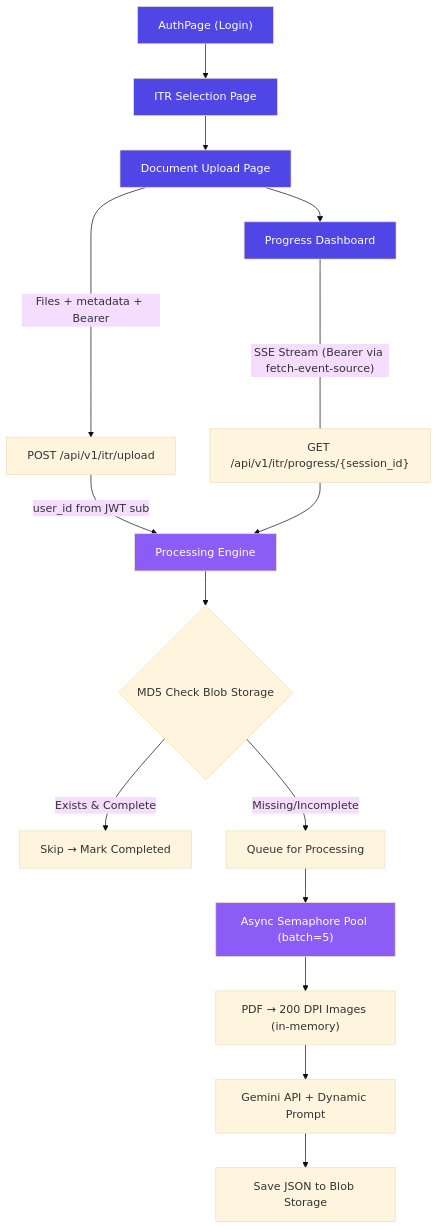
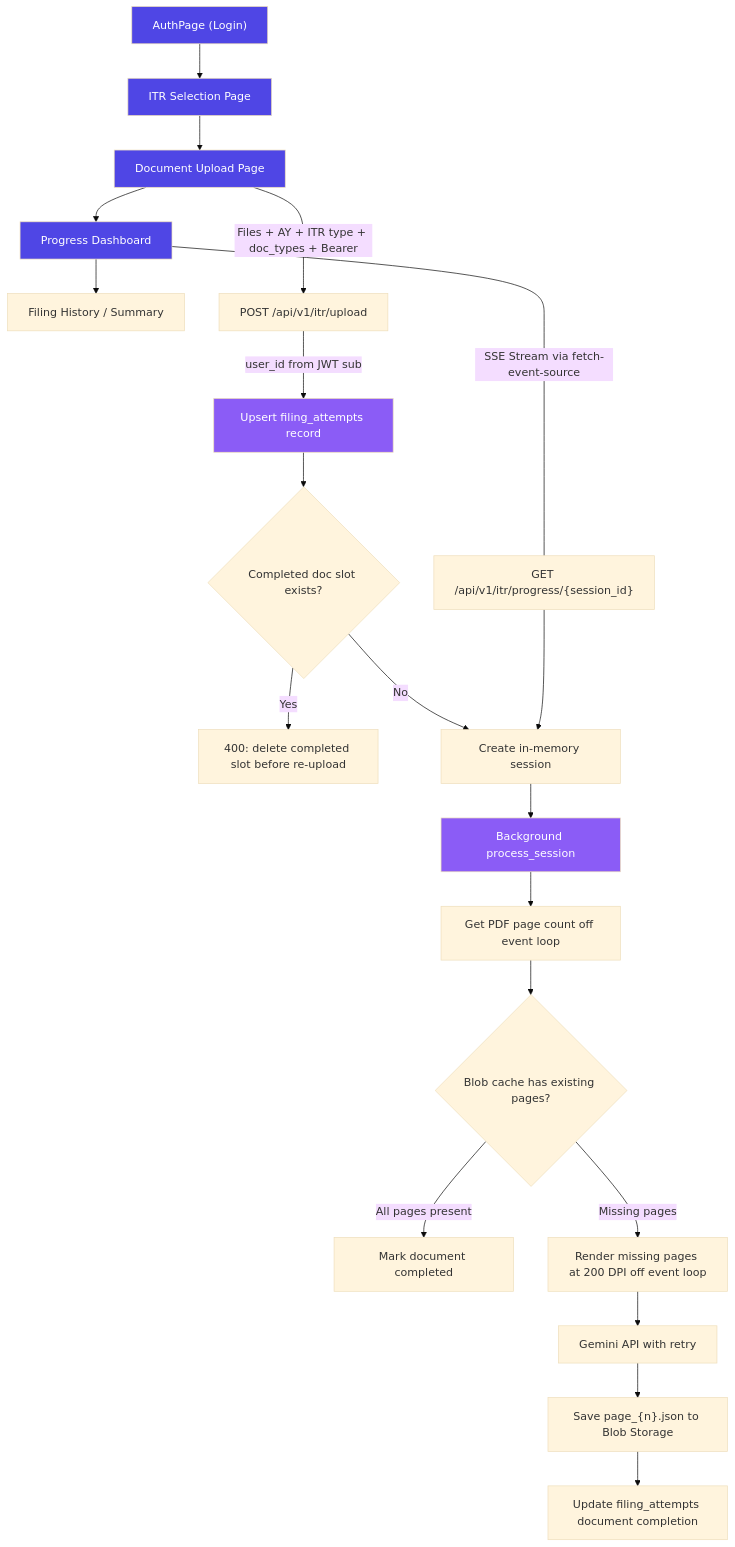
The second of 3 diagrams in docs/architecture.md (AmeDal/itr-filing-app), drawn with Mermaid (base theme) before and after one commit. The commit also changed other lines of this file and 19 other files, not shown here.

First line of the commit message:
docs: sync AI context with current app architecture

````diff
--- a/docs/architecture.md
+++ b/docs/architecture.md
@@ -75,28 +82,32 @@
 ```mermaid
 flowchart TD
     A["AuthPage (Login)"] --> B["ITR Selection Page"]
     B --> C["Document Upload Page"]
     C --> D["Progress Dashboard"]
+    D --> E["Filing History / Summary"]
 
-    C -->|"Files + metadata + Bearer"| E["POST /api/v1/itr/upload"]
-    E -->|"user_id from JWT sub"| F["Processing Engine"]
+    C -->|"Files + AY + ITR type + doc_types + Bearer"| F["POST /api/v1/itr/upload"]
+    F -->|"user_id from JWT sub"| G["Upsert filing_attempts record"]
+    G --> H{"Completed doc slot exists?"}
+    H -->|"Yes"| I["400: delete completed slot before re-upload"]
+    H -->|"No"| J["Create in-memory session"]
 
-    F --> G{"MD5 Check Blob Storage"}
-    G -->|"Exists & Complete"| H["Skip → Mark Completed"]
-    G -->|"Missing/Incomplete"| I["Queue for Processing"]
+    J --> K["Background process_session"]
+    K --> L["Get PDF page count off event loop"]
+    L --> M{"Blob cache has existing pages?"}
+    M -->|"All pages present"| N["Mark document completed"]
+    M -->|"Missing pages"| O["Render missing pages at 200 DPI off event loop"]
+    O --> P["Gemini API with retry"]
+    P --> Q["Save page_{n}.json to Blob Storage"]
+    Q --> R["Update filing_attempts document completion"]
 
-    I --> J["Async Semaphore Pool (batch=5)"]
-    J --> K["PDF → 200 DPI Images (in-memory)"]
-    K --> L["Gemini API + Dynamic Prompt"]
-    L --> M["Save JSON to Blob Storage"]
-
-    D <----|"SSE Stream (Bearer via fetch-event-source)"| N["GET /api/v1/itr/progress/{session_id}"]
-    N --> F
+    D <----|"SSE Stream via fetch-event-source"| S["GET /api/v1/itr/progress/{session_id}"]
+    S --> J
 
     style A fill:#4f46e5,color:#fff
     style B fill:#4f46e5,color:#fff
     style C fill:#4f46e5,color:#fff
     style D fill:#4f46e5,color:#fff
-    style F fill:#8b5cf6,color:#fff
-    style J fill:#8b5cf6,color:#fff
+    style G fill:#8b5cf6,color:#fff
+    style K fill:#8b5cf6,color:#fff
 ```
````
